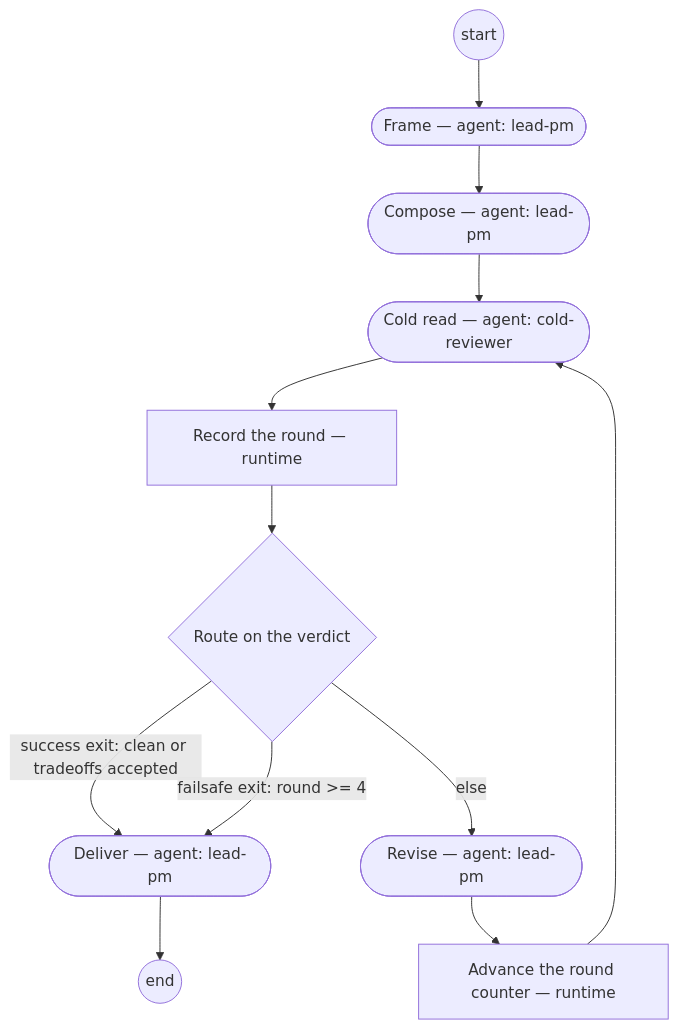
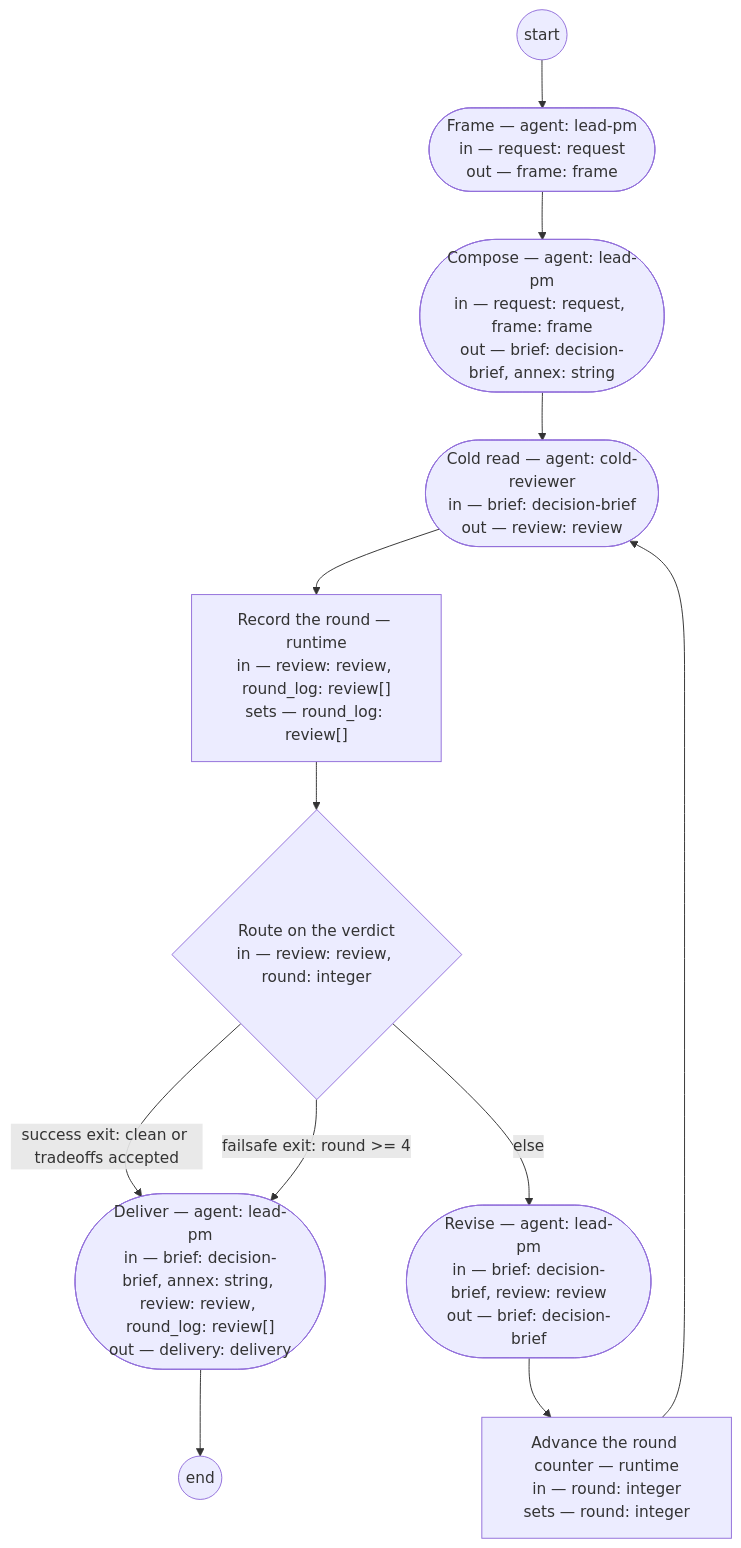
Before and after one commit to dstengle/shopsystem-product: the diagram in basis/processes/stakeholder-presentation.md, drawn with Mermaid. The commit also changed 3 other files, not shown here.

Commit message:
Diagrams show typed inputs/outputs per step node

````diff
--- a/basis/processes/stakeholder-presentation.md
+++ b/basis/processes/stakeholder-presentation.md
@@ -58,23 +58,23 @@
 ```mermaid
 flowchart TD
-  frame(["Frame — agent: lead-pm"])
-  compose(["Compose — agent: lead-pm"])
-  cold_read(["Cold read — agent: cold-reviewer"])
-  log_round["Record the round — runtime"]
-  route_verdict{"Route on the verdict"}
-  revise(["Revise — agent: lead-pm"])
-  advance_round["Advance the round counter — runtime"]
-  deliver(["Deliver — agent: lead-pm"])
+  frame(["Frame — agent: lead-pm<br/>in — request: request<br/>out — frame: frame"])
+  compose(["Compose — agent: lead-pm<br/>in — request: request, frame: frame<br/>out — brief: decision-brief, annex: string"])
+  cold_read(["Cold read — agent: cold-reviewer<br/>in — brief: decision-brief<br/>out — review: review"])
+  log_round["Record the round — runtime<br/>in — review: review, round_log: review[]<br/>sets — round_log: review[]"]
+  route_verdict{"Route on the verdict<br/>in — review: review, round: integer"}
+  revise(["Revise — agent: lead-pm<br/>in — brief: decision-brief, review: review<br/>out — brief: decision-brief"])
+  advance_round["Advance the round counter — runtime<br/>in — round: integer<br/>sets — round: integer"]
+  deliver(["Deliver — agent: lead-pm<br/>in — brief: decision-brief, annex: string, review: review, round_log: review[]<br/>out — delivery: delivery"])
   __end(("end"))
   __start(("start")) --> frame
   frame --> compose
   compose --> cold_read
   cold_read --> log_round
   log_round --> route_verdict
   route_verdict -->|success exit: clean or tradeoffs accepted| deliver
   route_verdict -->|failsafe exit: round >= 4| deliver
   route_verdict -->|else| revise
   revise --> advance_round
   advance_round --> cold_read
   deliver --> __end
 ```
````
